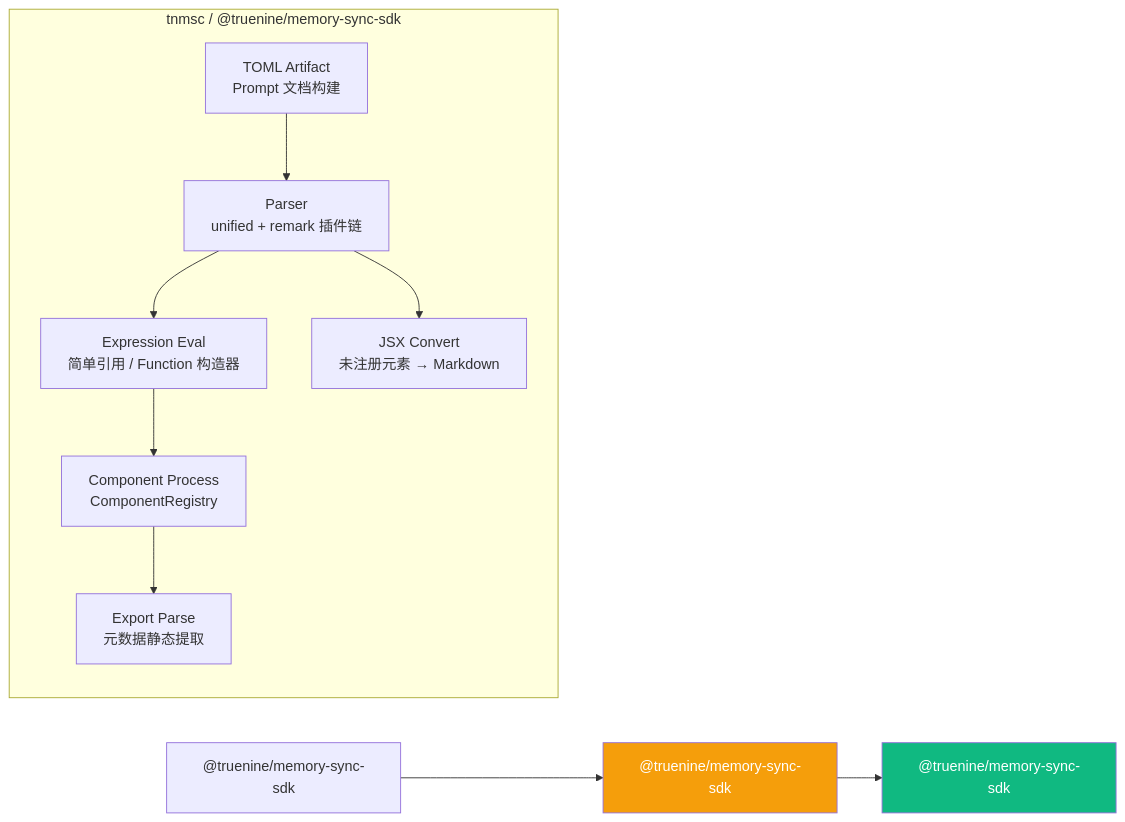
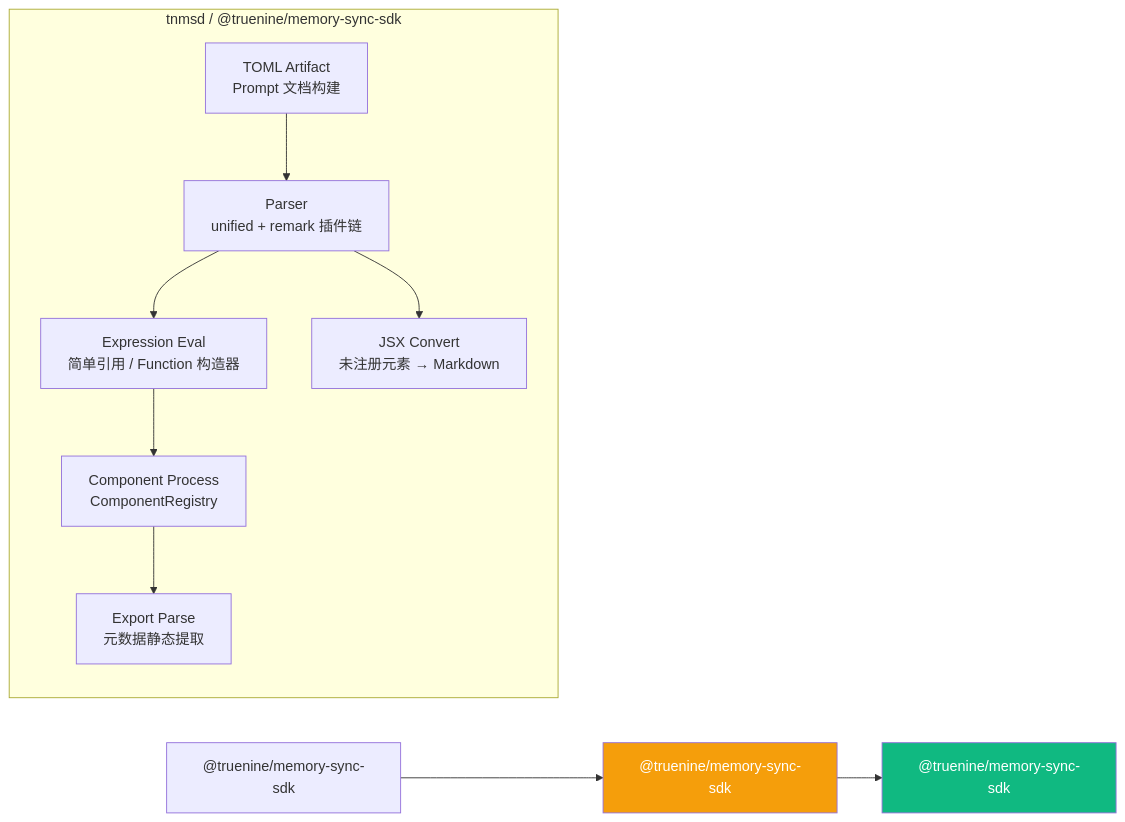
The third of 6 diagrams in doc/content/sdk/architecture.mdx (TrueNine/memory-sync), drawn with Mermaid before and after one commit. The commit also changed other lines of this file and 9 other files, not shown here.

Commit message:
refactor: update documentation and references from tnmsc to tnmsd across multiple files

````diff
--- a/doc/content/sdk/architecture.mdx
+++ b/doc/content/sdk/architecture.mdx
@@ -157,24 +157,24 @@
 ```mermaid
 graph LR
     SDK["@truenine/memory-sync-sdk"] --> MDC["@truenine/memory-sync-sdk"]
     MDC --> LOGGER["@truenine/memory-sync-sdk"]
 
-    subgraph MDXCompiler["tnmsc / @truenine/memory-sync-sdk"]
+    subgraph MDXCompiler["tnmsd / @truenine/memory-sync-sdk"]
         direction TB
         MC_PARSER["Parser<br/>unified + remark 插件链"]
         MC_EXPR["Expression Eval<br/>简单引用 / Function 构造器"]
         MC_COMP["Component Process<br/>ComponentRegistry"]
         MC_EXPORT["Export Parse<br/>元数据静态提取"]
         MC_JSX["JSX Convert<br/>未注册元素 → Markdown"]
         MC_TOML["TOML Artifact<br/>Prompt 文档构建"]
     end
 
     MC_PARSER --> MC_EXPR
     MC_EXPR --> MC_COMP
     MC_COMP --> MC_EXPORT
     MC_PARSER --> MC_JSX
     MC_TOML --> MC_PARSER
 
     style MDC fill:#f59e0b,color:#fff
     style LOGGER fill:#10b981,color:#fff
 ```
````
